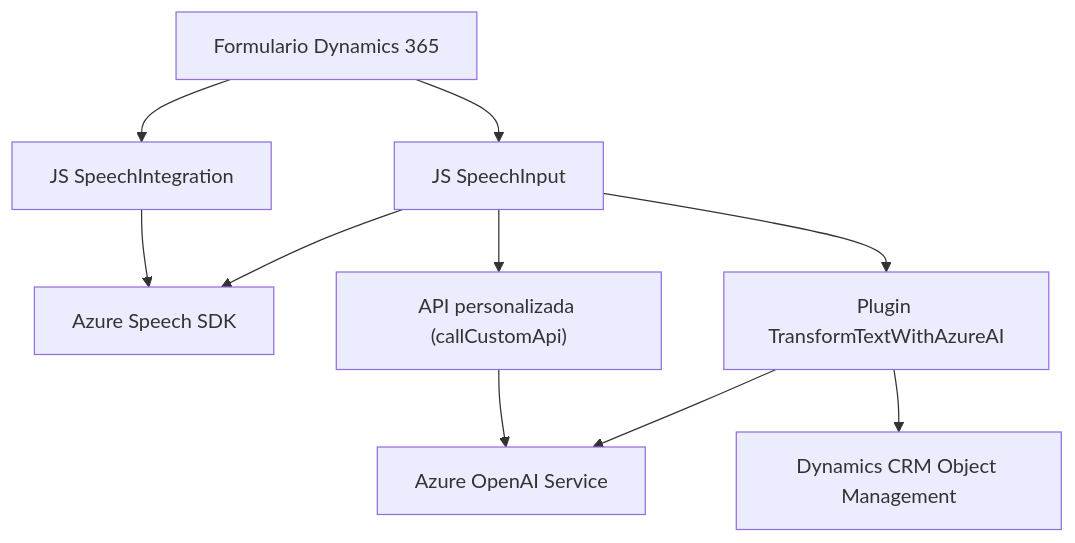
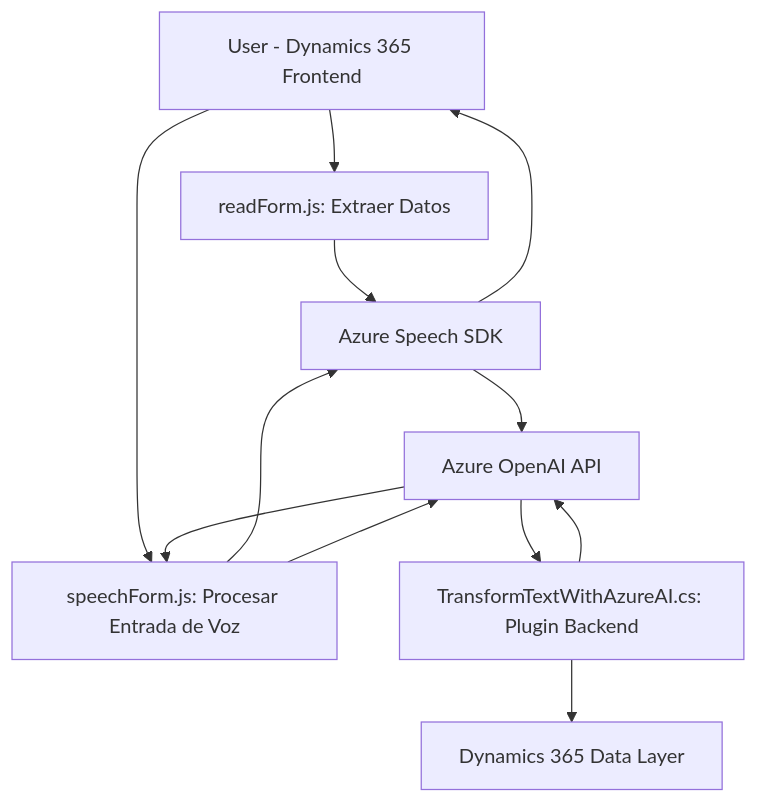
The diagram in README.md (blopezdm/NETCORE_BILBAO2025), drawn with Mermaid before and after one commit. The commit also changed other lines of this file, not shown here.

````diff
--- a/README.md
+++ b/README.md
@@ -29,12 +44,22 @@
 ```mermaid
 graph TD
-    A["Formulario Dynamics 365"] --> B["JS SpeechIntegration"]
-    A --> C["JS SpeechInput"]
-    B --> D["Azure Speech SDK"]
+    A["User - Dynamics 365 Frontend"]
+    B["readForm.js: Extraer Datos"]
+    C["speechForm.js: Procesar Entrada de Voz"]
+    D["Azure Speech SDK"]
+    E["TransformTextWithAzureAI.cs: Plugin Backend"]
+    F["Azure OpenAI API"]
+    G["Dynamics 365 Data Layer"]
+
+    A --> B
+    A --> C
+    B --> D
     C --> D
-    C --> E["API personalizada (callCustomApi)"]
-    E --> F["Azure OpenAI Service"]
-    G["Plugin TransformTextWithAzureAI"] --> F
-    C --> G
-    G --> H["Dynamics CRM Object Management"]
+    D --> F
+    C --> F
+    E --> F
+    E --> G
+    D --> A
+    F --> E
+    F --> C
 ```
````
